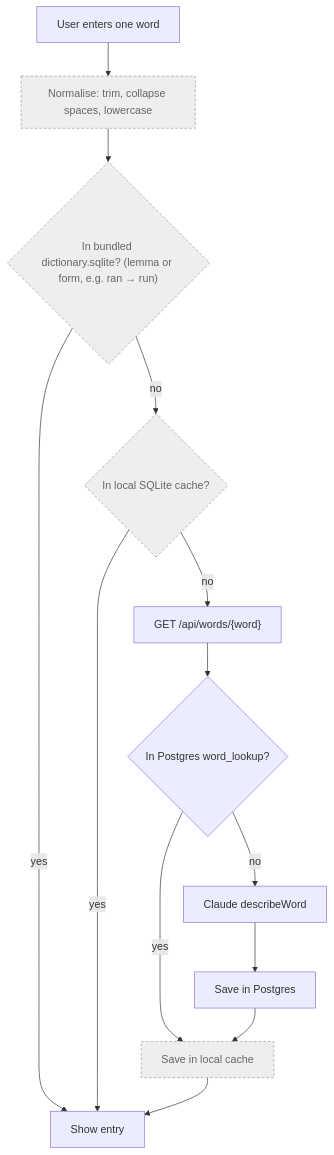
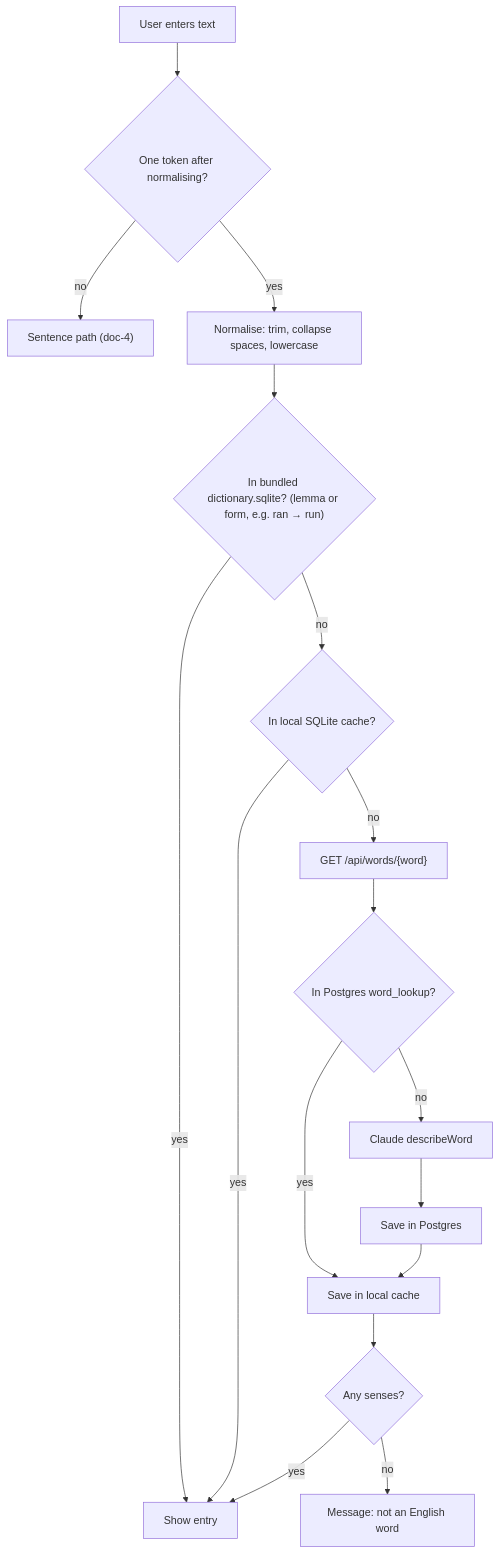
Before and after one commit to tranphuocloc070699/saynata: the first of 3 diagrams in backlog/docs/features/doc-5 - Word-lookup.md, drawn with Mermaid. The commit also changed other lines of this file and 9 other files, not shown here.

First line of the commit message:
TASK-19: one word shows a dictionary card, a sentence goes to the translator

````diff
--- a/backlog/docs/features/doc-5 - Word-lookup.md
+++ b/backlog/docs/features/doc-5 - Word-lookup.md
@@ -23,16 +21,17 @@
 ```mermaid
 flowchart TD
-    A[User enters one word] --> N["Normalise: trim, collapse spaces, lowercase"]
+    A["User enters text"] --> T{"One token after normalising?"}
+    T -- "no" --> SENT["Sentence path (doc-4)"]
+    T -- yes --> N["Normalise: trim, collapse spaces, lowercase"]
     N --> B{"In bundled dictionary.sqlite? (lemma or form, e.g. ran → run)"}
     B -- yes --> SHOW[Show entry]
     B -- no --> L{"In local SQLite cache?"}
     L -- yes --> SHOW
     L -- no --> API["GET /api/words/{word}"]
     API --> PG{"In Postgres word_lookup?"}
     PG -- yes --> SAVE[Save in local cache]
     PG -- no --> CL[Claude describeWord] --> PGS[Save in Postgres] --> SAVE
-    SAVE --> SHOW
-
-    classDef todo fill:#eee,stroke:#999,stroke-dasharray: 4 3,color:#666
-    class N,B,L,SAVE todo
+    SAVE --> EMPTY{"Any senses?"}
+    EMPTY -- yes --> SHOW
+    EMPTY -- no --> NOTWORD["Message: not an English word"]
 ```
````
